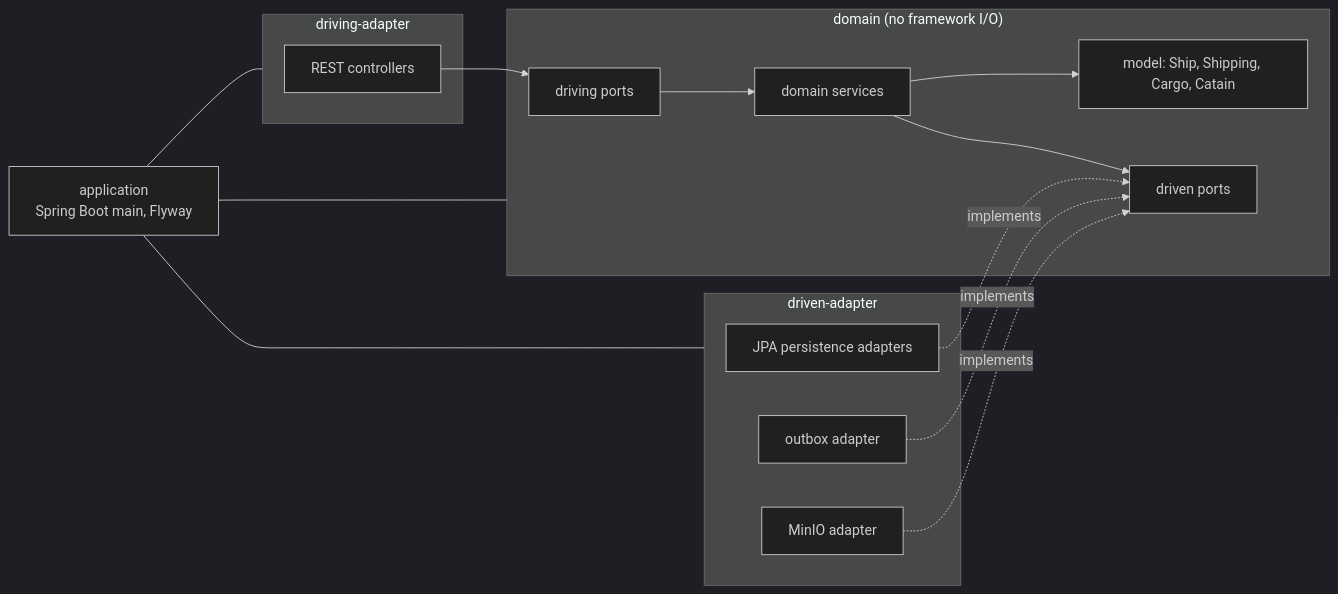
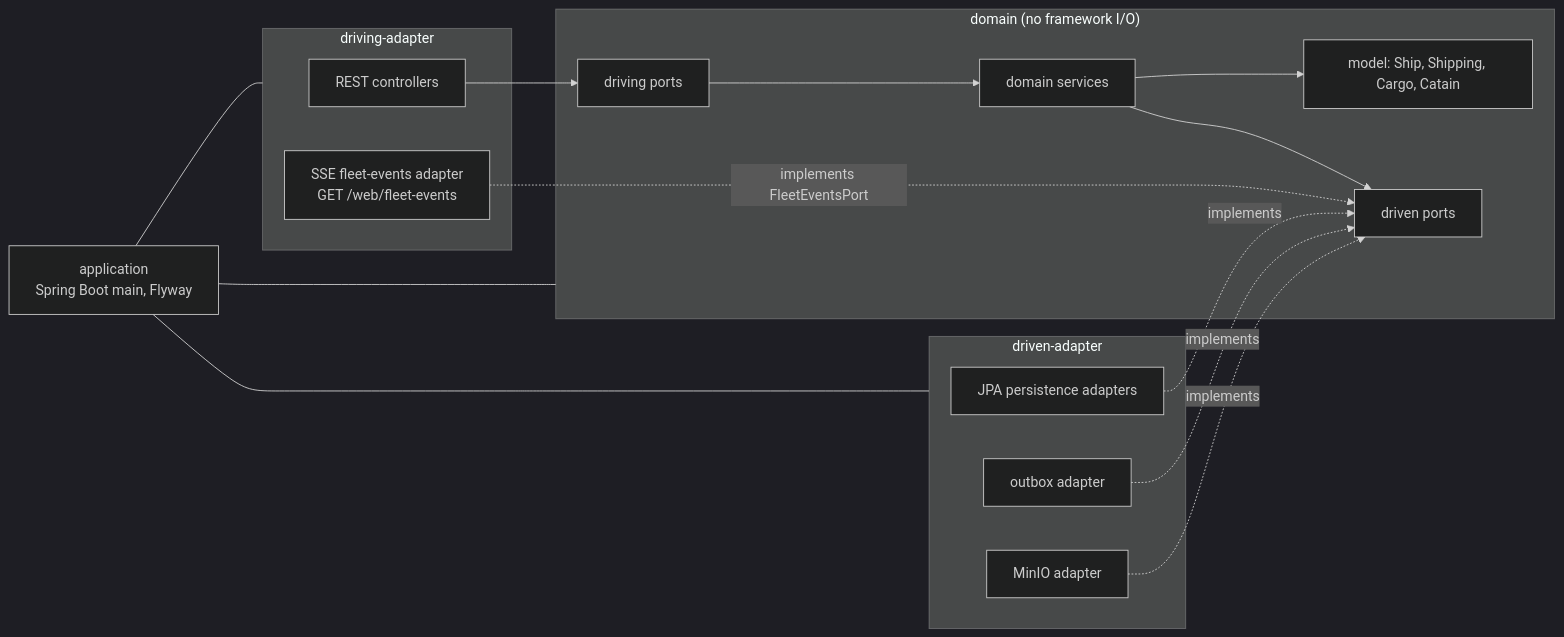
The third of 3 diagrams in docs/arc42/05-building-blocks.md (maurizio100/ddd-ship), drawn with Mermaid (dark theme) before and after one commit. The commit also changed other lines of this file and 11 other files, not shown here.

First line of the commit message:
docs: document the fleet-events stream, ADR-0006 and its Ingress

````diff
--- a/docs/arc42/05-building-blocks.md
+++ b/docs/arc42/05-building-blocks.md
@@ -60,24 +61,26 @@
 ```mermaid
 flowchart LR
     subgraph driving["driving-adapter"]
         WEB["REST controllers"]
+        SSE["SSE fleet-events adapter<br/>GET /web/fleet-events"]
     end
     subgraph domain["domain (no framework I/O)"]
         IN["driving ports"]
         SVC["domain services"]
         MDL["model: Ship, Shipping, Cargo, Catain"]
         OUT["driven ports"]
     end
     subgraph driven["driven-adapter"]
         JPA["JPA persistence adapters"]
         OBX["outbox adapter"]
         MIN["MinIO adapter"]
     end
     APP["application<br/>Spring Boot main, Flyway"]
     WEB --> IN --> SVC --> MDL
     SVC --> OUT
     JPA -.implements.-> OUT
     OBX -.implements.-> OUT
     MIN -.implements.-> OUT
+    SSE -.implements FleetEventsPort.-> OUT
     APP --- driving & domain & driven
 ```
````
